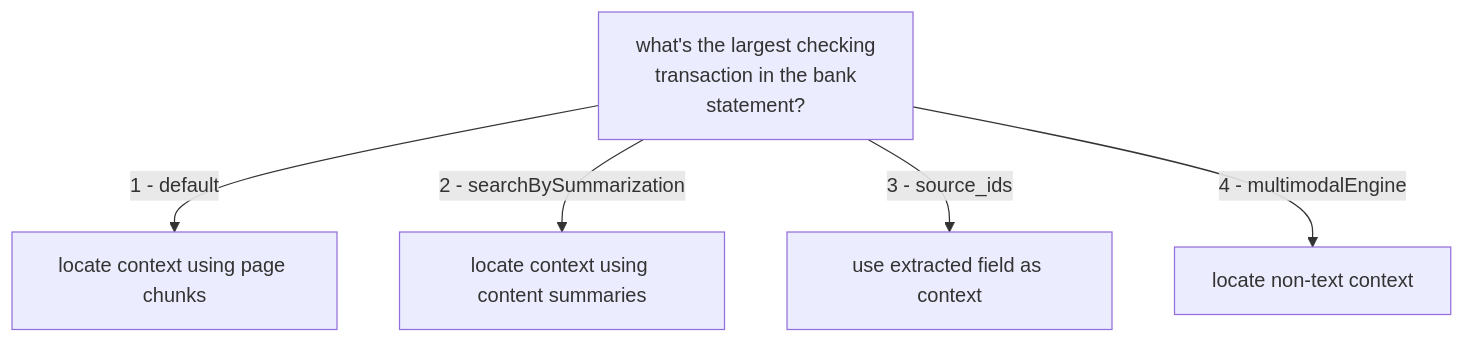
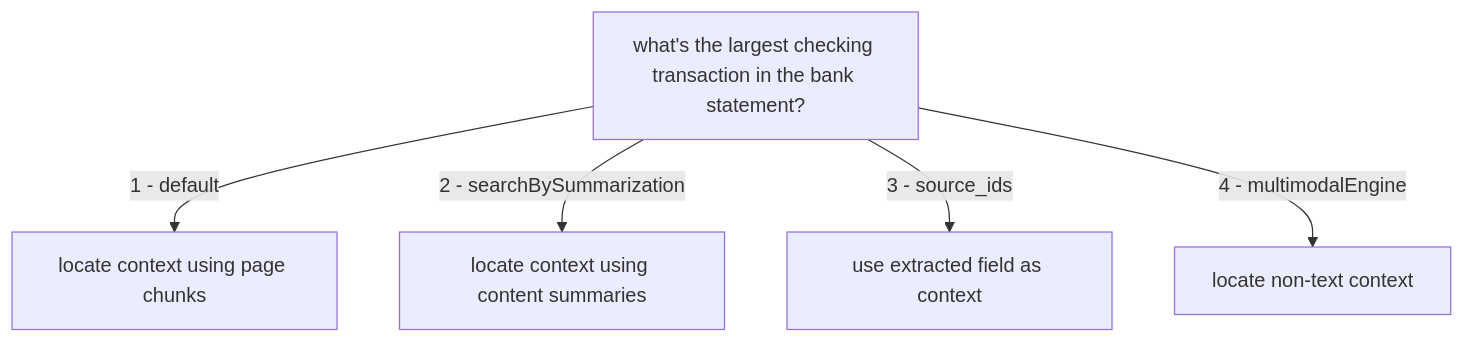
Before and after one commit to sensible-hq/sensible-docs: the diagram in docs/Senseml reference/concepts/prompt.md, drawn with Mermaid.

Commit message:
Update doc `prompt`

````diff
--- a/docs/Senseml reference/concepts/prompt.md
+++ b/docs/Senseml reference/concepts/prompt.md
@@ -27,9 +27,9 @@
 ```mermaid
 flowchart TD
-    Q["what's the largest checking\ntransaction in the bank\nstatement?"]
+    Q["what's the largest checking transaction in the bank statement?"]
 
     Q -->|1 - default| A["locate context using page chunks"]
     Q -->|2 - searchBySummarization| B["locate context using content summaries"]
     Q -->|3 - source_ids| C["use extracted field as context"]
     Q -->|4 - multimodalEngine| D["locate non-text context"]
 ```
````
